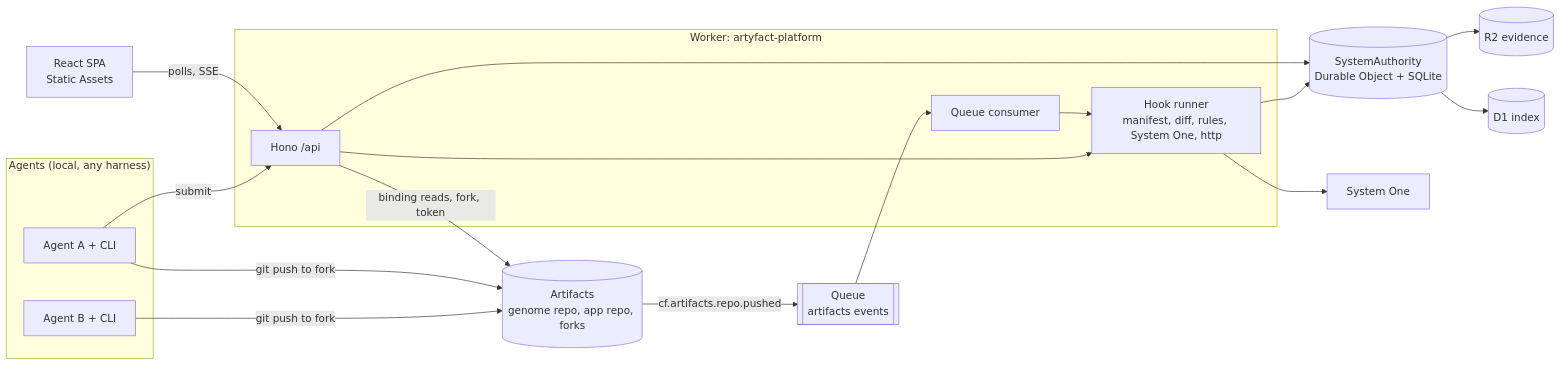
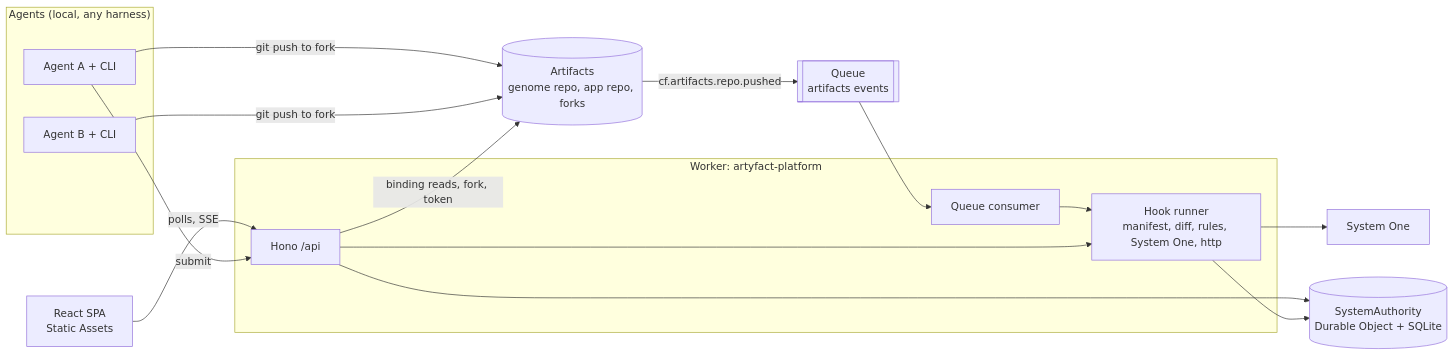
Before and after one commit to sdawka/artyfact-cf: the diagram in README.md, drawn with Mermaid. The commit also changed other lines of this file and 10 other files, not shown here.

````diff
--- a/README.md
+++ b/README.md
@@ -51,33 +51,29 @@
 ```mermaid
 flowchart LR
   subgraph Agents["Agents (local, any harness)"]
     A1[Agent A + CLI]
     A2[Agent B + CLI]
   end
   UI[React SPA<br/>Static Assets]
   subgraph Worker["Worker: artyfact-platform"]
     API[Hono /api]
     Q[Queue consumer]
     Hooks[Hook runner<br/>manifest, diff, rules, System One, http]
   end
   DO[(SystemAuthority<br/>Durable Object + SQLite)]
   ART[(Artifacts<br/>genome repo, app repo, forks)]
   QUE[[Queue<br/>artifacts events]]
-  R2[(R2 evidence)]
-  D1[(D1 index)]
   S1[System One]
 
   UI -->|polls, SSE| API
   API --> DO
   API -->|binding reads, fork, token| ART
   A1 -->|git push to fork| ART
   A2 -->|git push to fork| ART
   A1 -->|submit| API
   ART -->|cf.artifacts.repo.pushed| QUE --> Q
   Q --> Hooks
   API --> Hooks
   Hooks --> S1
   Hooks --> DO
-  DO --> R2
-  DO --> D1
 ```
````
